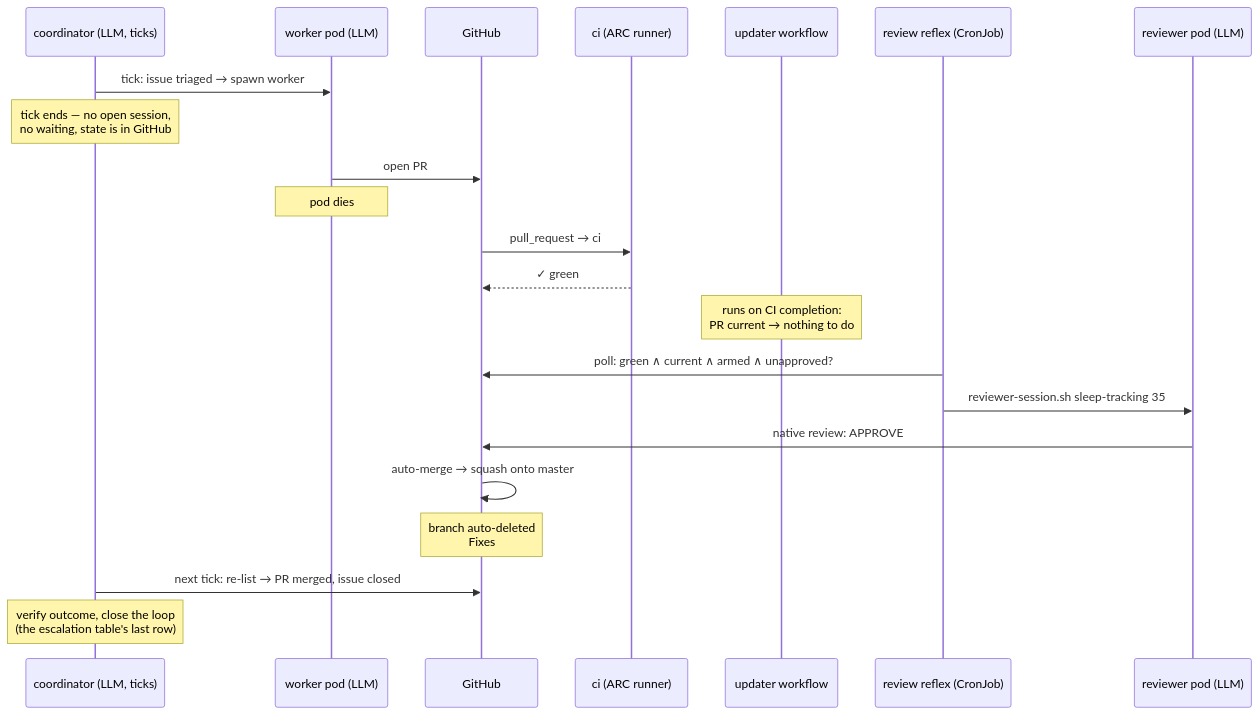
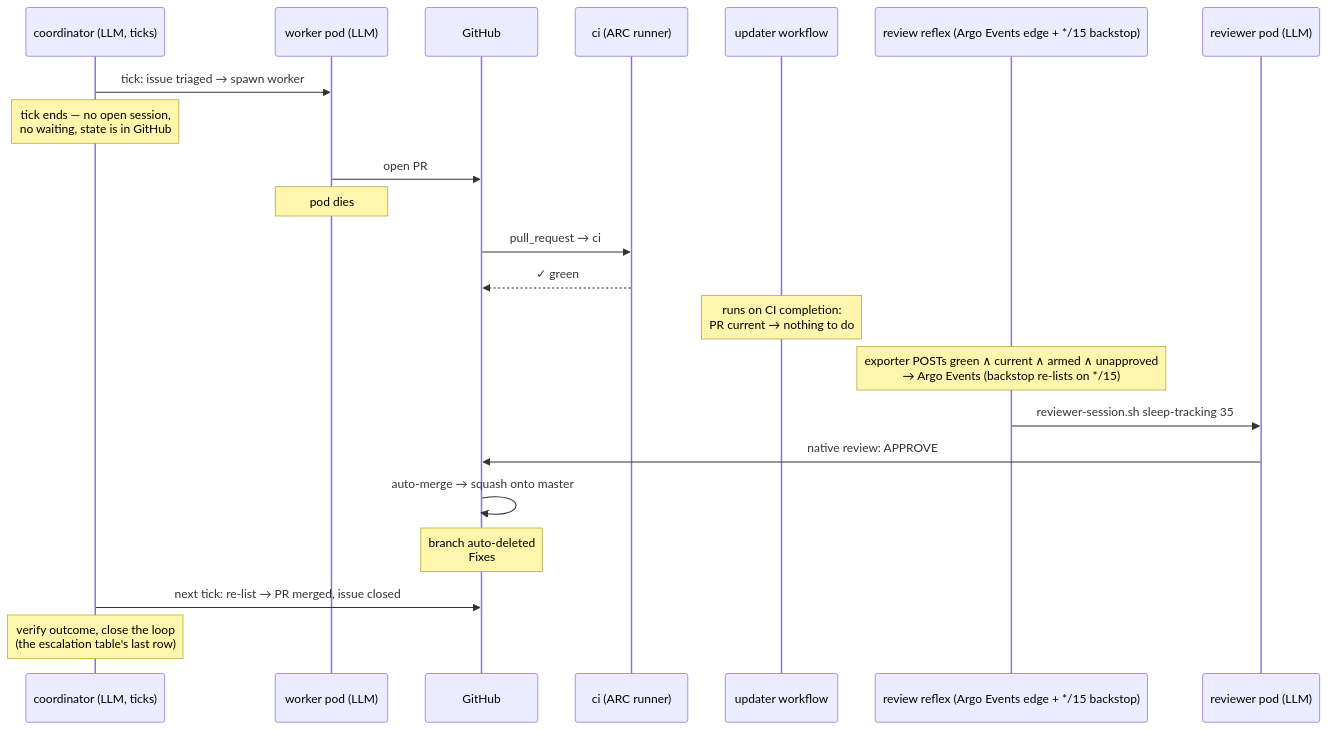
The first of 4 diagrams in docs/agents/merge-path.md (teststuffstash/homelab), drawn with Mermaid before and after one commit. The commit also changed other lines of this file and 8 other files, not shown here.

````diff
--- a/docs/agents/merge-path.md
+++ b/docs/agents/merge-path.md
@@ -180,25 +196,25 @@
 ```mermaid
 sequenceDiagram
     participant K as coordinator (LLM, ticks)
     participant W as worker pod (LLM)
     participant GH as GitHub
     participant CI as ci (ARC runner)
     participant U as updater workflow
-    participant D as review reflex (CronJob)
+    participant D as review reflex (Argo Events edge + */15 backstop)
     participant R as reviewer pod (LLM)
 
     K->>W: tick: issue triaged → spawn worker
     Note over K: tick ends — no open session,<br/>no waiting, state is in GitHub
     W->>GH: open PR #35 (Fixes #12) + gh pr merge --auto --squash
     Note over W: pod dies
     GH->>CI: pull_request → ci
     CI-->>GH: ✓ green
     Note over U: runs on CI completion:<br/>PR current → nothing to do
-    D->>GH: poll: green ∧ current ∧ armed ∧ unapproved?
+    Note over D: exporter POSTs green ∧ current ∧ armed ∧ unapproved<br/>→ Argo Events (backstop re-lists on */15)
     D->>R: reviewer-session.sh sleep-tracking 35
     R->>GH: native review: APPROVE
     GH->>GH: auto-merge → squash onto master
     Note over GH: branch auto-deleted<br/>Fixes #12 auto-closes the issue
     K->>GH: next tick: re-list → PR merged, issue closed
     Note over K: verify outcome, close the loop<br/>(the escalation table's last row)
 ```
````
